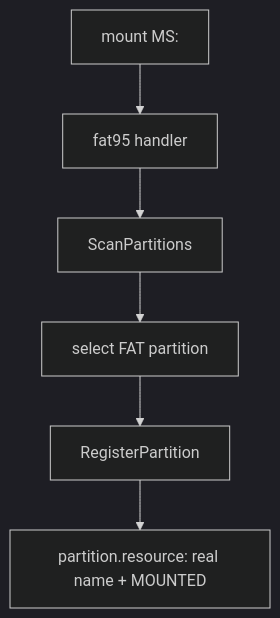
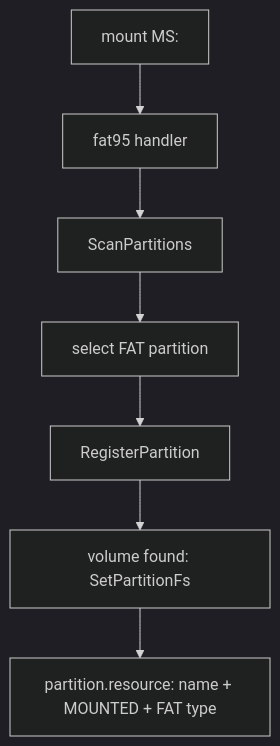
Before and after one commit to pulchart/amigaos-ptable: the fourth of 4 diagrams in docs/ptable.md, drawn with Mermaid (dark theme). The commit also changed other lines of this file and 4 other files, not shown here.

````diff
--- a/docs/ptable.md
+++ b/docs/ptable.md
@@ -70,8 +71,9 @@
 ```mermaid
 graph TD
   A[mount MS:] --> B[fat95 handler]
   B --> C[ScanPartitions]
   C --> D[select FAT partition]
   D --> E[RegisterPartition]
-  E --> F[partition.resource: real name + MOUNTED]
+  E --> G[volume found: SetPartitionFs]
+  G --> F[partition.resource: name + MOUNTED + FAT type]
 ```
````
